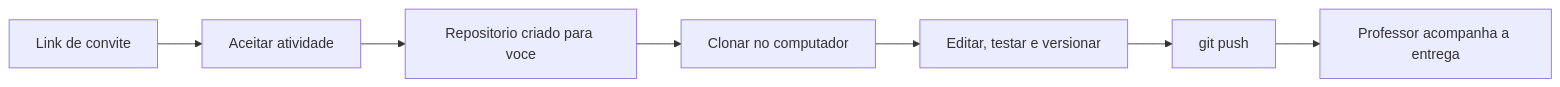
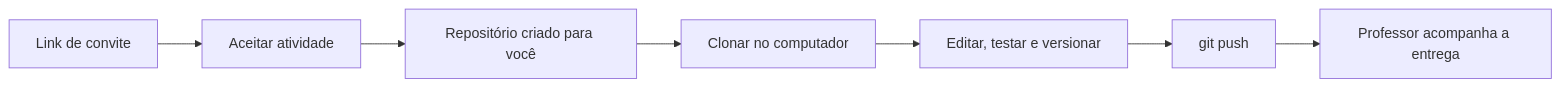
Before and after one commit to rafaelrezo/curso-poo: the diagram in docs/fundamentos_git_ide/02_github_classroom_estudantes/index.md, drawn with Mermaid. The commit also changed other lines of this file and 29 other files, not shown here.

````diff
--- a/docs/fundamentos_git_ide/02_github_classroom_estudantes/index.md
+++ b/docs/fundamentos_git_ide/02_github_classroom_estudantes/index.md
@@ -29,9 +29,9 @@
 ```mermaid
 flowchart LR
     A["Link de convite"] --> B["Aceitar atividade"]
-    B --> C["Repositorio criado para voce"]
+    B --> C["Repositório criado para você"]
     C --> D["Clonar no computador"]
     D --> E["Editar, testar e versionar"]
     E --> F["git push"]
     F --> G["Professor acompanha a entrega"]
 ```
````
